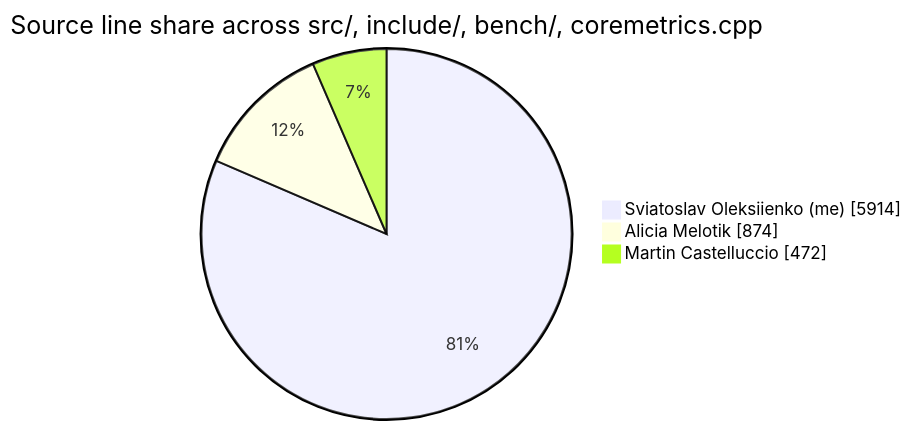
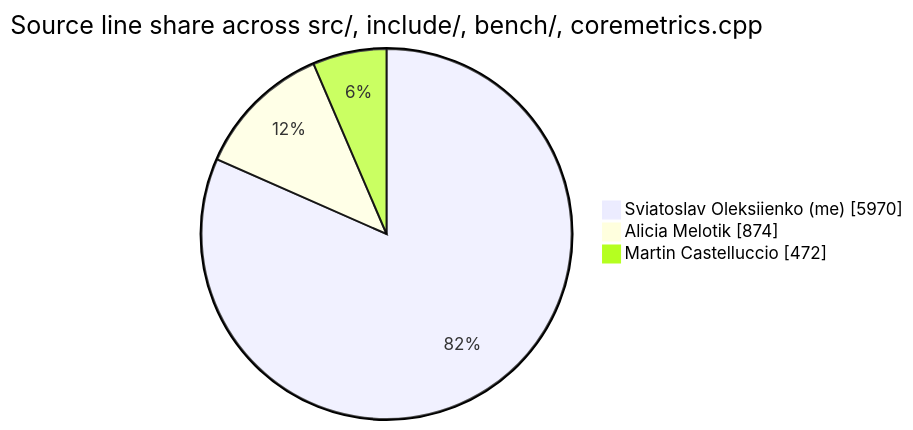
Before and after one commit to sviatil0/coremetrics: the diagram in .github/badges/contributions.md, drawn with Mermaid. The commit also changed other lines of this file and 2 other files, not shown here.

````diff
--- a/.github/badges/contributions.md
+++ b/.github/badges/contributions.md
@@ -11,7 +11,7 @@
 ```mermaid
 pie showData
     title Source line share across src/, include/, bench/, coremetrics.cpp
-    "Sviatoslav Oleksiienko (me)" : 5914
+    "Sviatoslav Oleksiienko (me)" : 5970
     "Alicia Melotik" : 874
     "Martin Castelluccio" : 472
 ```
````
